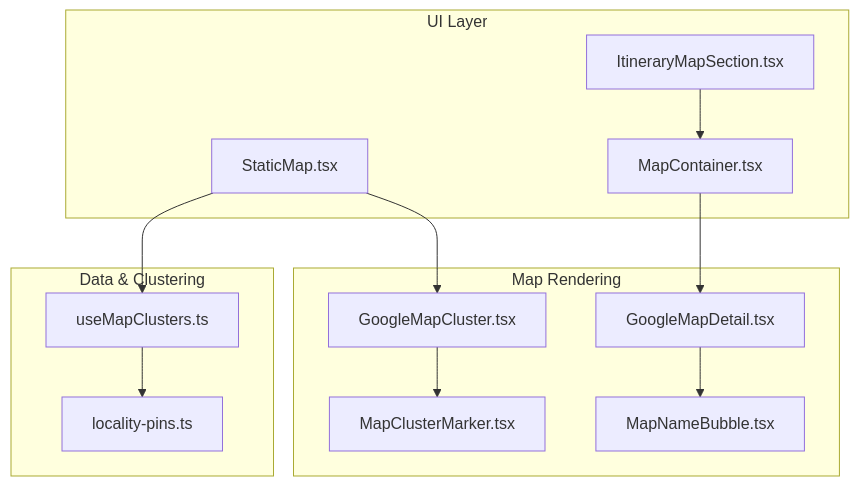
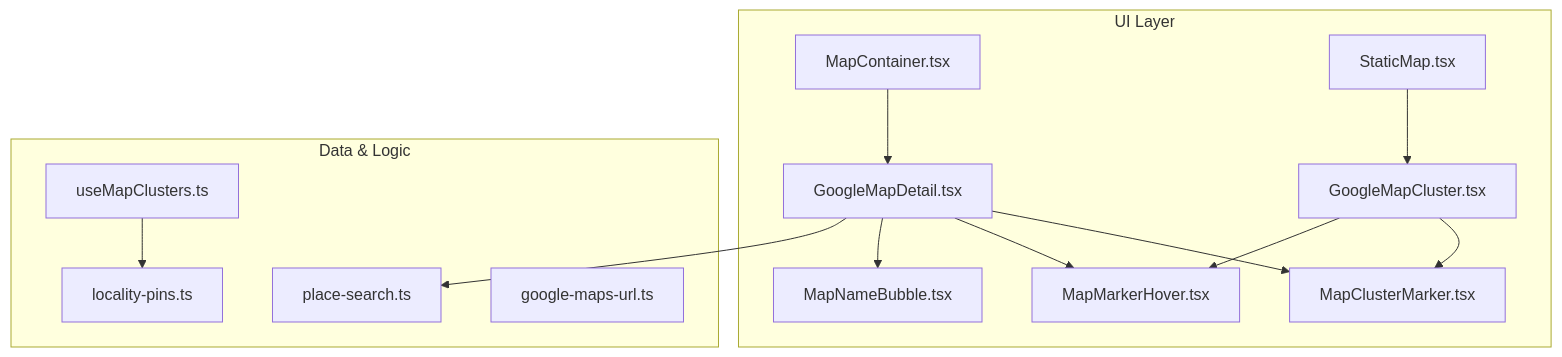
Before and after one commit to Meaetin/alibaba-hackathon: the first of 7 diagrams in .qoder/repowiki/en/content/Map Integration/Map Integration.md, drawn with Mermaid. The commit also changed other lines of this file and 241 other files, not shown here.

````diff
--- a/.qoder/repowiki/en/content/Map Integration/Map Integration.md
+++ b/.qoder/repowiki/en/content/Map Integration/Map Integration.md
@@ -33,25 +36,27 @@
 ```mermaid
 graph TB
 subgraph "UI Layer"
-A["StaticMap.tsx"]
-B["MapContainer.tsx"]
-C["ItineraryMapSection.tsx"]
-end
-subgraph "Map Rendering"
+A["MapContainer.tsx"]
+B["StaticMap.tsx"]
+C["GoogleMapDetail.tsx"]
 D["GoogleMapCluster.tsx"]
-E["GoogleMapDetail.tsx"]
-F["MapClusterMarker.tsx"]
+E["MapClusterMarker.tsx"]
+F["MapMarkerHover.tsx"]
 G["MapNameBubble.tsx"]
 end
-subgraph "Data & Clustering"
+subgraph "Data & Logic"
 H["useMapClusters.ts"]
-I["locality-pins.ts"]
+I["place-search.ts"]
+J["locality-pins.ts"]
+K["google-maps-url.ts"]
 end
-A --> D
-B --> E
-C --> B
+A --> C
+B --> D
+C --> E
+C --> F
+C --> G
+D --> E
 D --> F
-E --> G
-H --> I
-A --> H
+H --> J
+C --> I
 ```
````
